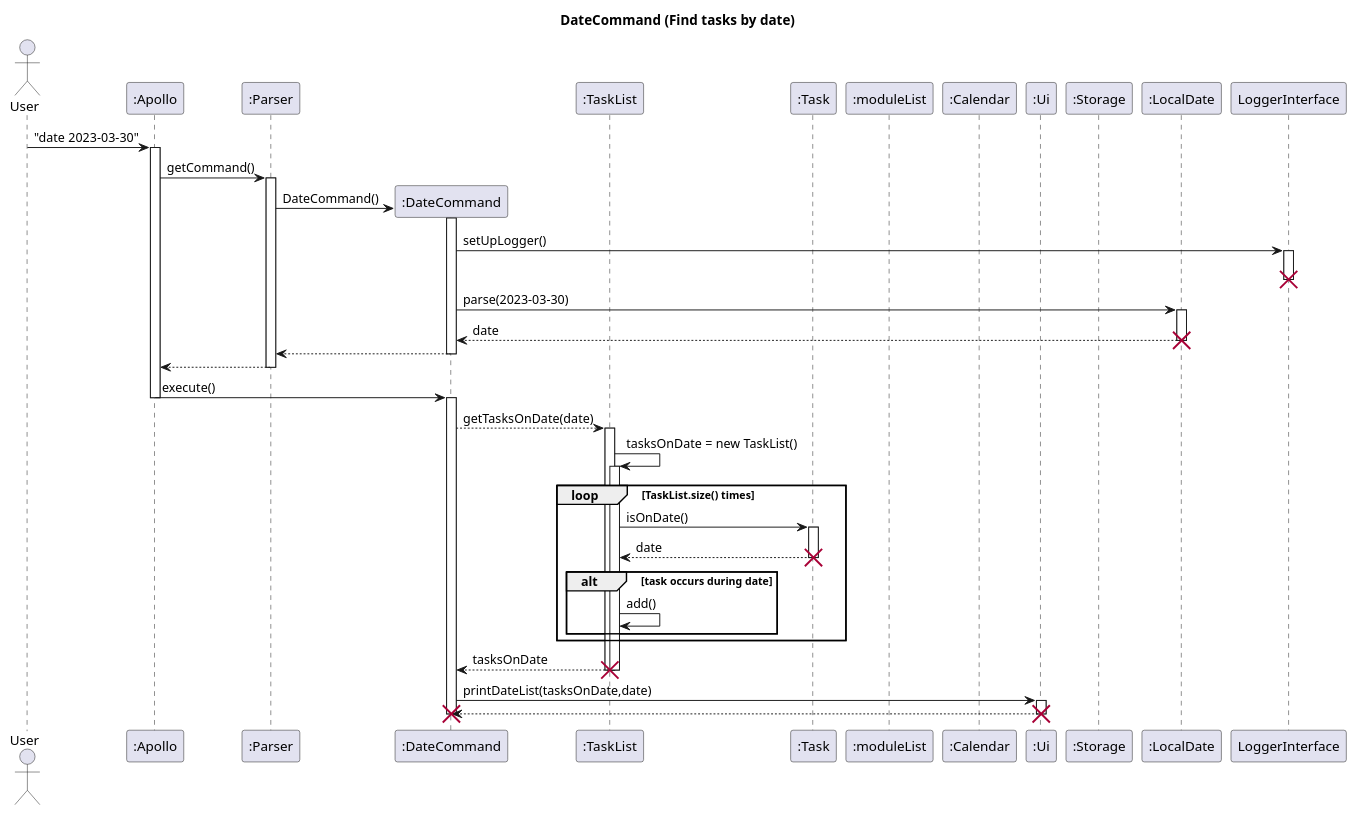
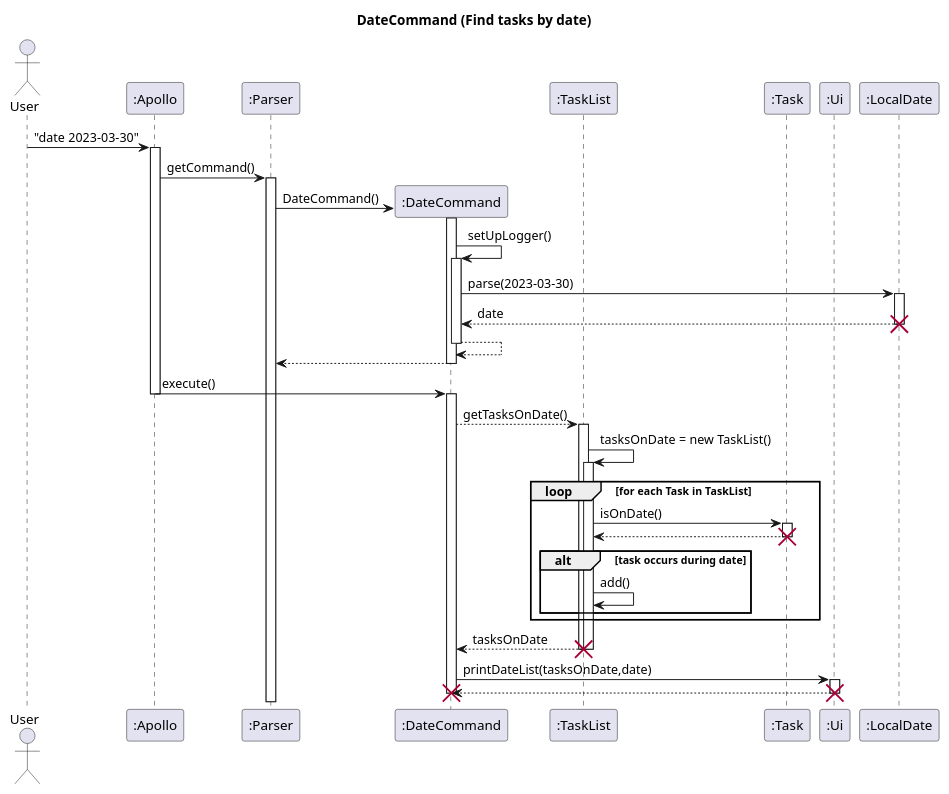
One commit to nus-cs2113-AY2223S2/tp changed the diagram in docs/uml-source/DateCommand.puml. Above: the diagram before and after it, drawn with PlantUML. The commit also changed 1 other file, not shown here.

```diff
--- a/docs/uml-source/DateCommand.puml
+++ b/docs/uml-source/DateCommand.puml
@@ -1,69 +1,64 @@
 @startuml
 'https://plantuml.com/sequence-diagram
 
 title DateCommand (Find tasks by date)
 
 actor User
 participant ":Apollo" as Apollo
 participant ":Parser" as Parser
 participant ":DateCommand" as Date
 participant ":TaskList" as TaskList
 participant ":Task" as Task
-participant ":moduleList" as ModuleList
-participant ":Calendar" as Calendar
 participant ":Ui" as Ui
-participant ":Storage" as Storage
 participant ":LocalDate" as LocalDate
 
 User -> Apollo : "date 2023-03-30"
 activate Apollo
 Apollo -> Parser : getCommand()
 activate Parser
 Parser ->  Date** : DateCommand()
 Date++
-Date -> LoggerInterface : setUpLogger()
+Date -> Date++ : setUpLogger()
 
-activate LoggerInterface
-deactivate LoggerInterface
-destroy LoggerInterface
+
 Date -> LocalDate: parse(2023-03-30)
 activate LocalDate
 LocalDate --> Date: date
 deactivate LocalDate
 destroy LocalDate
 return
 return
 
 Apollo -> Date : execute()
 Apollo --
 activate Date
-Date --> TaskList : getTasksOnDate(date)
+Date --> TaskList : getTasksOnDate()
 activate TaskList
 TaskList -> TaskList++ : tasksOnDate = new TaskList()
-loop TaskList.size() times
+loop for each Task in TaskList
     TaskList -> Task: isOnDate()
     activate Task
-    Task --> TaskList : date
+    Task --> TaskList :
     deactivate Task
     destroy Task
     alt task occurs during date
     TaskList -> TaskList : add()
     end
 end
 TaskList --> Date : tasksOnDate
 
 deactivate TaskList
 destroy TaskList
 
 
 Date -> Ui : printDateList(tasksOnDate,date)
 activate Ui
 Ui --> Date
 deactivate Ui
 destroy Ui
 destroy Date
 
 
 
 
 @enduml
```
